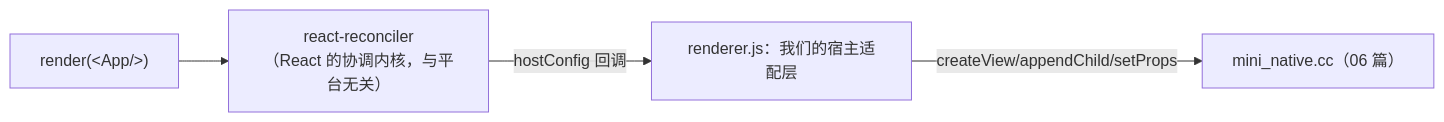
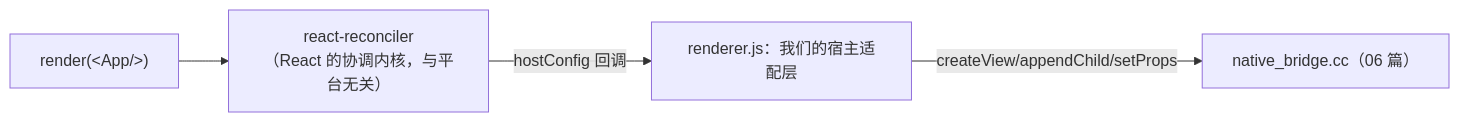
Before and after one commit to yidafu/tech-learning: the first of 2 diagrams in react-native/docs/rn-原理实战/07-渲染器与更新管线.md, drawn with Mermaid. The commit also changed other lines of this file and 98 other files, not shown here.

First line of the commit message:
全站实验项目去 mini 前缀：正文/注释/图谱/锁文件的旧名引用收尾（99 文件 612 行）

````diff
--- a/react-native/docs/rn-原理实战/07-渲染器与更新管线.md
+++ b/react-native/docs/rn-原理实战/07-渲染器与更新管线.md
@@ -7,6 +7,6 @@
 ```mermaid
 flowchart LR
     A["render(&lt;App/&gt;)"] --> RC["react-reconciler<br/>（React 的协调内核，与平台无关）"]
     RC -- "hostConfig 回调" --> H["renderer.js：我们的宿主适配层"]
-    H -- "createView/appendChild/setProps" --> N["mini_native.cc（06 篇）"]
+    H -- "createView/appendChild/setProps" --> N["native_bridge.cc（06 篇）"]
 ```
````
